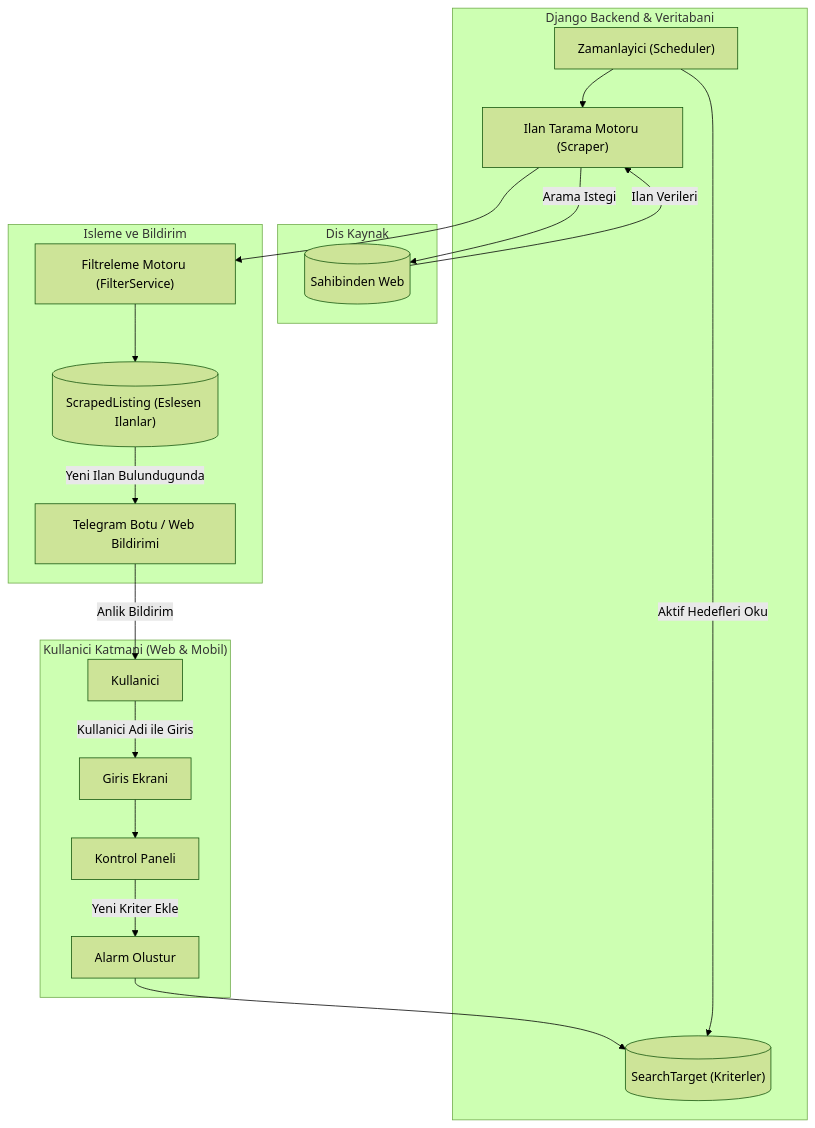
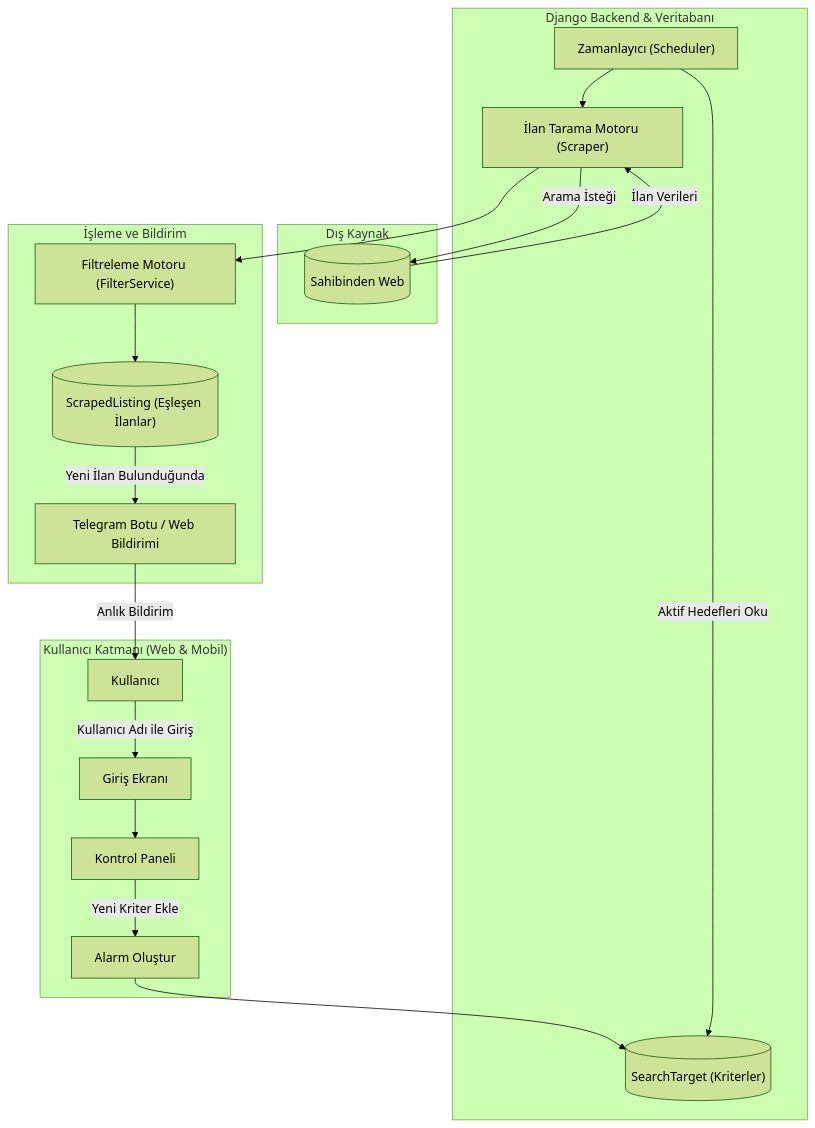
Before and after one commit to bisraunal/bulbana: the diagram in docs/PROJECT_PLAN.md, drawn with Mermaid (forest theme). The commit also changed other lines of this file and 4 other files, not shown here.

````diff
--- a/docs/PROJECT_PLAN.md
+++ b/docs/PROJECT_PLAN.md
@@ -29,26 +29,26 @@
 ```mermaid
 flowchart TD
-    subgraph Kullanici_Katmani ["Kullanici Katmani (Web & Mobil)"]
-        User["Kullanici"] -->|Kullanici Adi ile Giris| Login["Giris Ekrani"]
+    subgraph Kullanici_Katmani ["Kullanıcı Katmanı (Web & Mobil)"]
+        User["Kullanıcı"] -->|Kullanıcı Adı ile Giriş| Login["Giriş Ekranı"]
         Login --> Dashboard["Kontrol Paneli"]
-        Dashboard -->|Yeni Kriter Ekle| SaveTarget["Alarm Olustur"]
+        Dashboard -->|Yeni Kriter Ekle| SaveTarget["Alarm Oluştur"]
     end
 
-    subgraph Backend_Katmani ["Django Backend & Veritabani"]
+    subgraph Backend_Katmani ["Django Backend & Veritabanı"]
         SaveTarget --> DB_Target[("SearchTarget (Kriterler)")]
-        Scheduler["Zamanlayici (Scheduler)"] -->|Aktif Hedefleri Oku| DB_Target
-        Scheduler --> Scraper["Ilan Tarama Motoru (Scraper)"]
+        Scheduler["Zamanlayıcı (Scheduler)"] -->|Aktif Hedefleri Oku| DB_Target
+        Scheduler --> Scraper["İlan Tarama Motoru (Scraper)"]
     end
 
-    subgraph Dis_Kaynak ["Dis Kaynak"]
-        Scraper -->|Arama Istegi| Sahibinden[("Sahibinden Web")]
-        Sahibinden -->|Ilan Verileri| Scraper
+    subgraph Dis_Kaynak ["Dış Kaynak"]
+        Scraper -->|Arama İsteği| Sahibinden[("Sahibinden Web")]
+        Sahibinden -->|İlan Verileri| Scraper
     end
 
-    subgraph Bildirim_Katmani ["Isleme ve Bildirim"]
+    subgraph Bildirim_Katmani ["İşleme ve Bildirim"]
         Scraper --> FilterEngine["Filtreleme Motoru (FilterService)"]
-        FilterEngine --> DB_Listings[("ScrapedListing (Eslesen Ilanlar)")]
-        DB_Listings -->|Yeni Ilan Bulundugunda| Telegram["Telegram Botu / Web Bildirimi"]
-        Telegram -->|Anlik Bildirim| User
+        FilterEngine --> DB_Listings[("ScrapedListing (Eşleşen İlanlar)")]
+        DB_Listings -->|Yeni İlan Bulunduğunda| Telegram["Telegram Botu / Web Bildirimi"]
+        Telegram -->|Anlık Bildirim| User
     end
 ```
````
